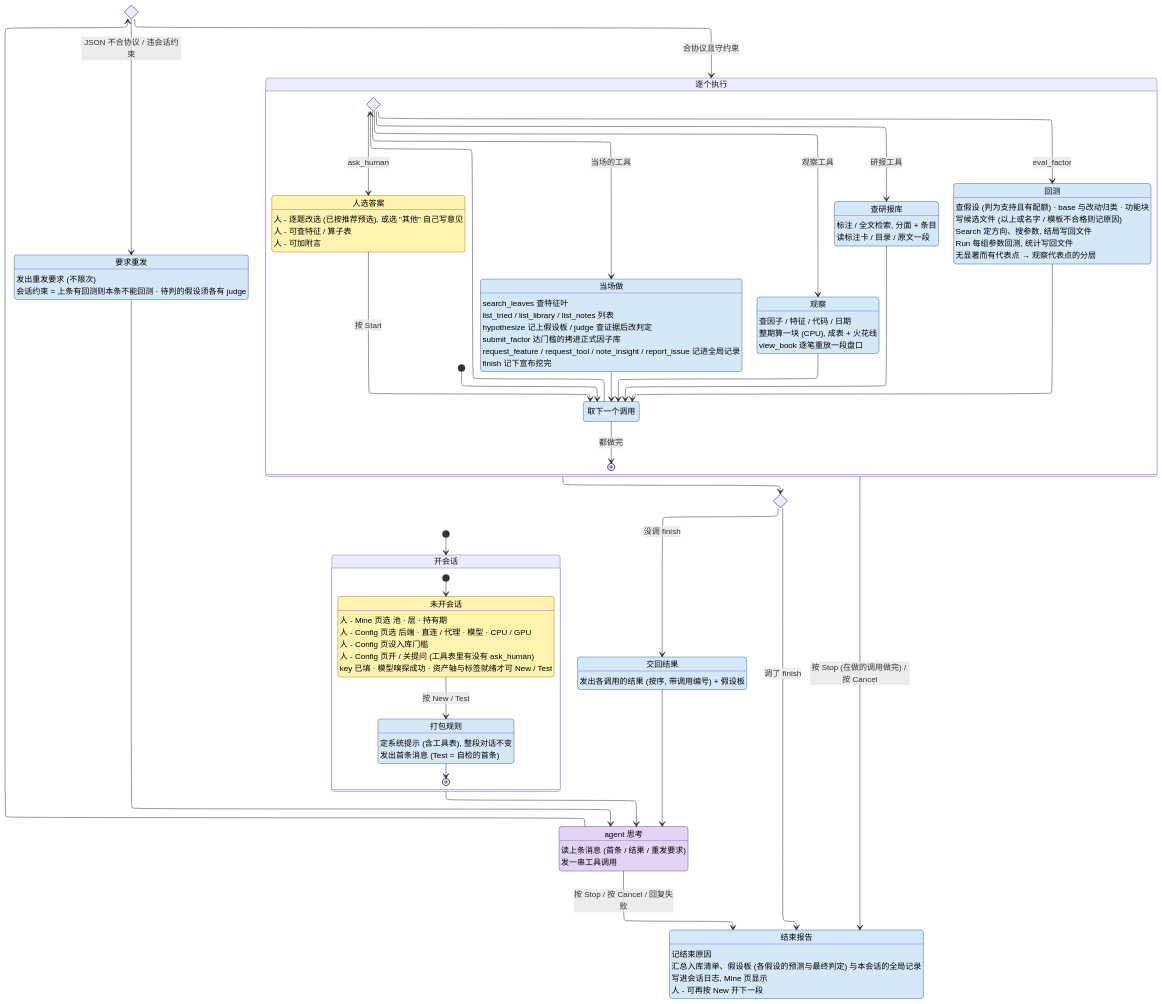
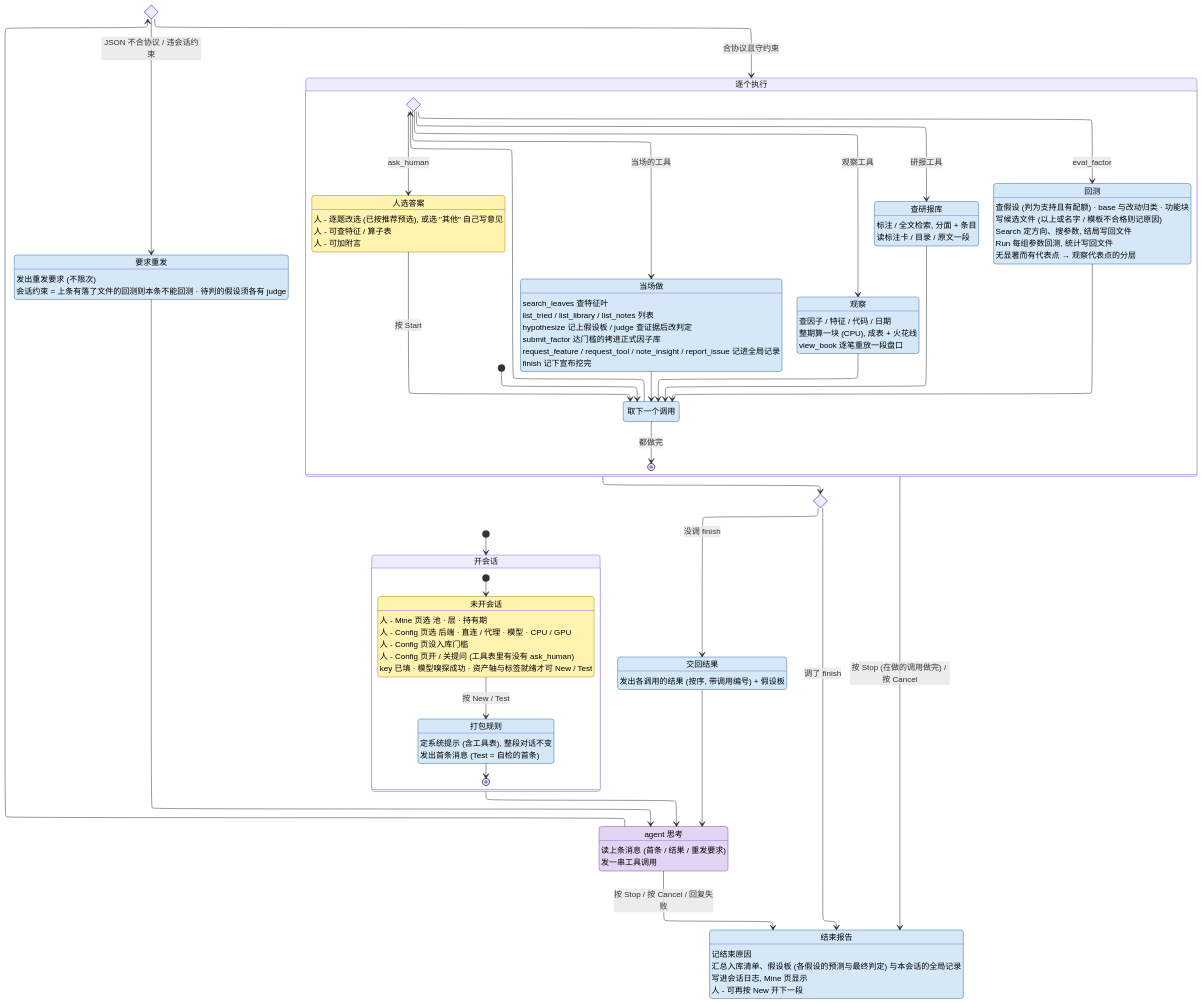
One commit to CoCoMilkyWay/stk changed the diagram in AGENT.md. Above: the diagram before and after it, drawn with Mermaid. The commit also changed other lines of this file and 14 other files, not shown here.

```diff
--- a/AGENT.md
+++ b/AGENT.md
@@ -72,7 +73,7 @@
     state Format <<choice>>
     state "要求重发" as Retry
     Retry : 发出重发要求 (不限次)
-    Retry : 会话约束 = 上条有回测则本条不能回测 · 待判的假设须各有 judge
+    Retry : 会话约束 = 上条有落了文件的回测则本条不能回测 · 待判的假设须各有 judge
 
     state "逐个执行" as GAct {
         state "取下一个调用" as Next
```
